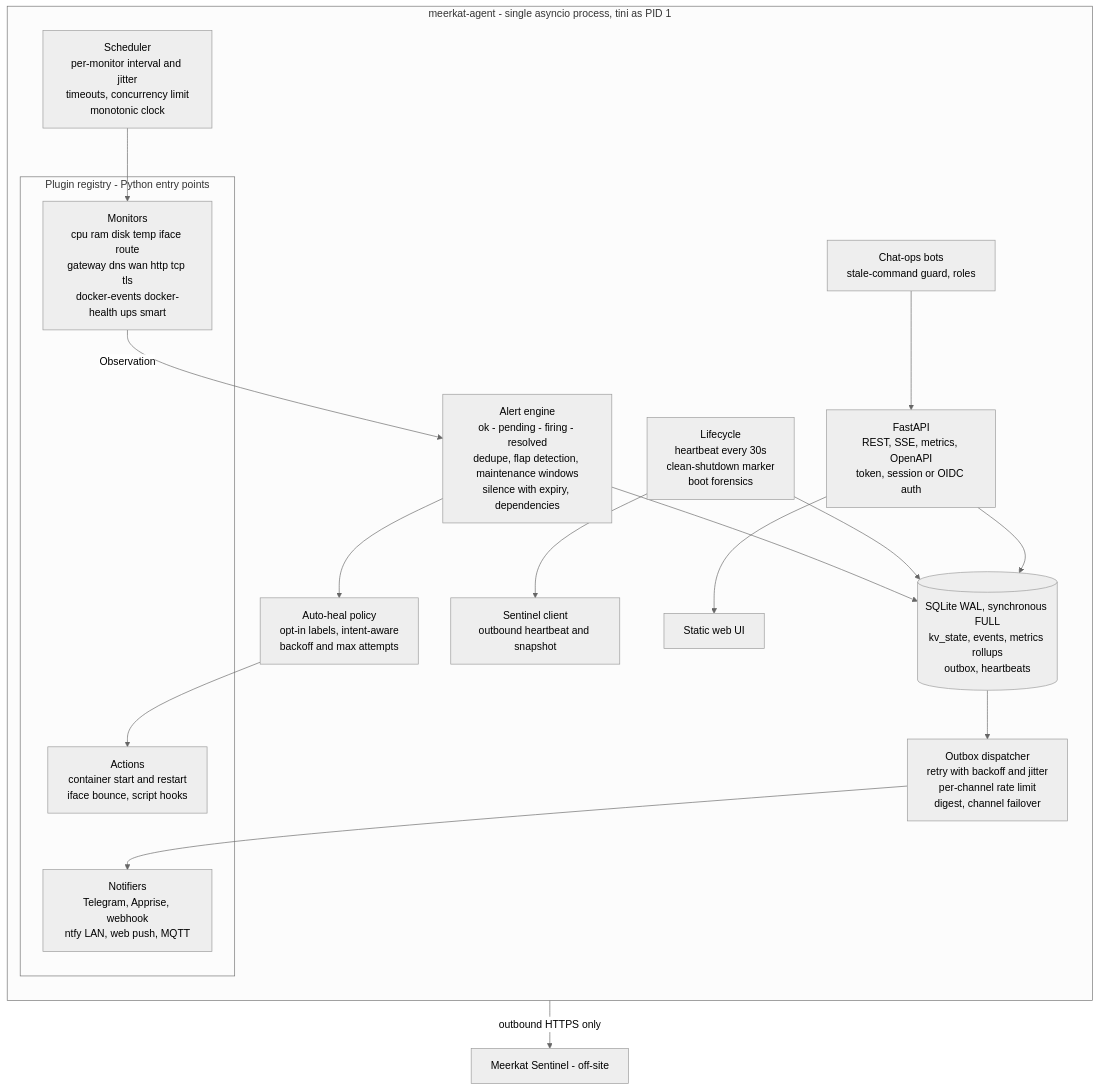
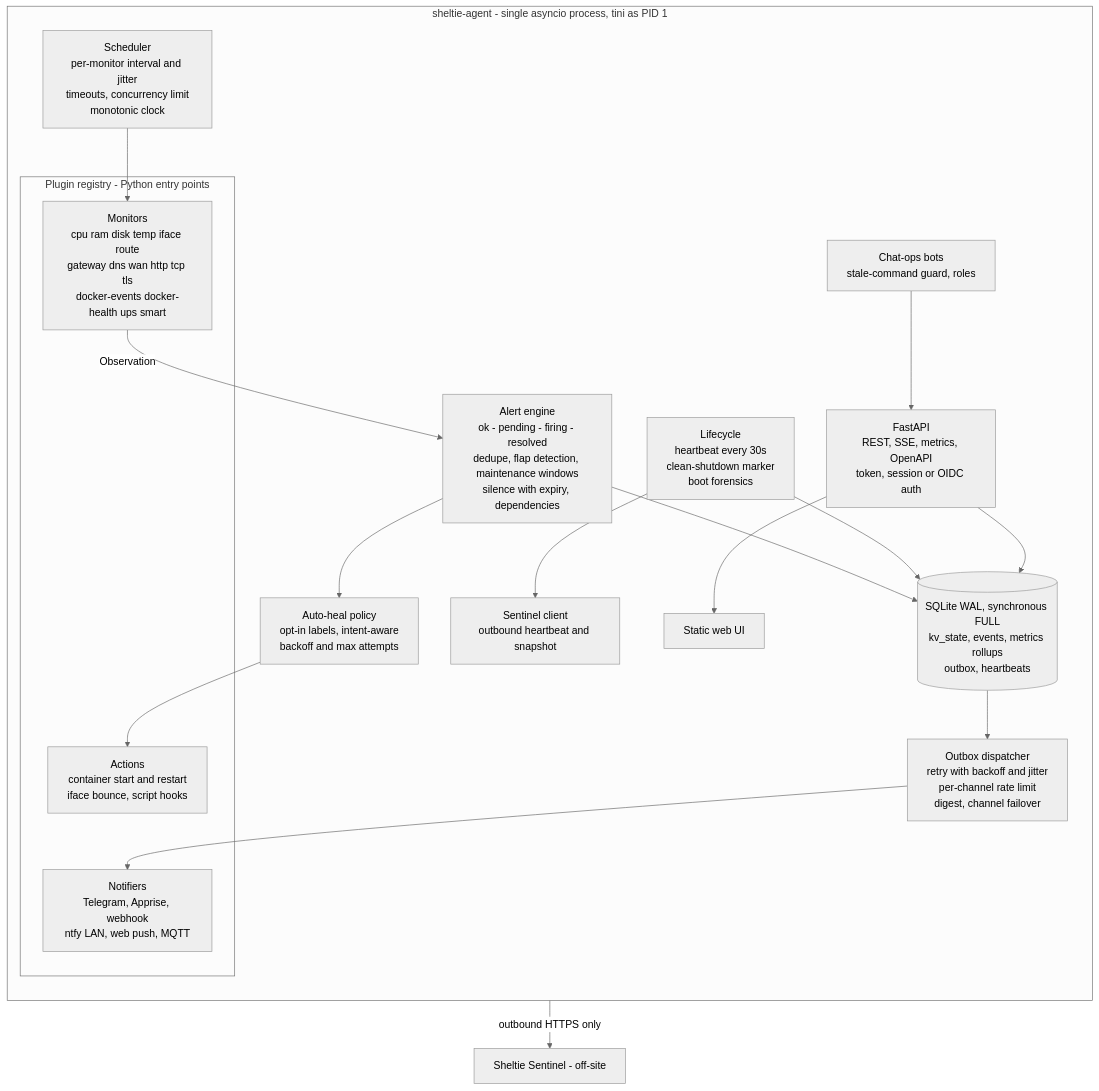
One commit to Xrg360/Sheltie changed the second of 6 diagrams in docs/ARCHITECTURE.md. Above: the diagram before and after it, drawn with Mermaid (neutral theme). The commit also changed other lines of this file and 11 other files, not shown here.

````diff
--- a/docs/ARCHITECTURE.md
+++ b/docs/ARCHITECTURE.md
@@ -63,25 +63,25 @@
 ```mermaid
 flowchart TB
-  subgraph Agent["meerkat-agent - single asyncio process, tini as PID 1"]
+  subgraph Agent["sheltie-agent - single asyncio process, tini as PID 1"]
     direction TB
     SCHED["Scheduler<br/>per-monitor interval and jitter<br/>timeouts, concurrency limit<br/>monotonic clock"]
     subgraph Plugins["Plugin registry - Python entry points"]
       MON["Monitors<br/>cpu ram disk temp iface route<br/>gateway dns wan http tcp tls<br/>docker-events docker-health ups smart"]
       ACT["Actions<br/>container start and restart<br/>iface bounce, script hooks"]
       NOTI["Notifiers<br/>Telegram, Apprise, webhook<br/>ntfy LAN, web push, MQTT"]
     end
     SCHED --> MON
     MON -->|Observation| ENG["Alert engine<br/>ok - pending - firing - resolved<br/>dedupe, flap detection, maintenance windows<br/>silence with expiry, dependencies"]
     ENG --> DB[("SQLite WAL, synchronous FULL<br/>kv_state, events, metrics rollups<br/>outbox, heartbeats")]
     ENG --> HEALER["Auto-heal policy<br/>opt-in labels, intent-aware<br/>backoff and max attempts"]
     HEALER --> ACT
     DB --> DISP["Outbox dispatcher<br/>retry with backoff and jitter<br/>per-channel rate limit<br/>digest, channel failover"]
     DISP --> NOTI
     LIFE["Lifecycle<br/>heartbeat every 30s<br/>clean-shutdown marker<br/>boot forensics"] --> DB
     LIFE --> SCLIENT["Sentinel client<br/>outbound heartbeat and snapshot"]
     API["FastAPI<br/>REST, SSE, metrics, OpenAPI<br/>token, session or OIDC auth"] --> DB
     API --> UI["Static web UI"]
     CHAT["Chat-ops bots<br/>stale-command guard, roles"] --> API
   end
-  SCLIENT -->|outbound HTTPS only| SENTINEL["Meerkat Sentinel - off-site"]
+  SCLIENT -->|outbound HTTPS only| SENTINEL["Sheltie Sentinel - off-site"]
 ```
````
